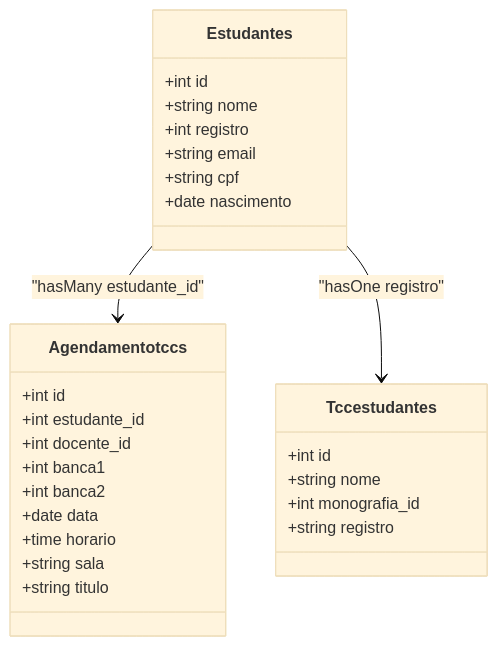
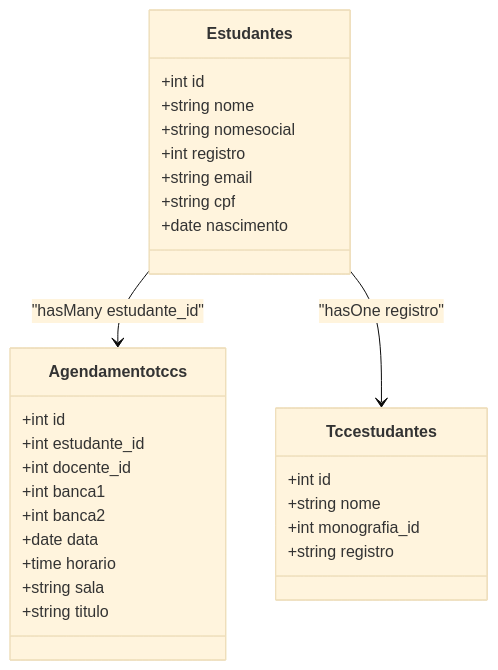
The fourth of 9 diagrams in .qoder/repowiki/en/content/Database Schema Design.md (luiseduacosta/tcc4), drawn with Mermaid (base theme) before and after one commit. The commit also changed other lines of this file and 101 other files, not shown here.

````diff
--- a/.qoder/repowiki/en/content/Database Schema Design.md
+++ b/.qoder/repowiki/en/content/Database Schema Design.md
@@ -237,30 +235,31 @@
 ```mermaid
 classDiagram
 class Estudantes {
 +int id
 +string nome
++string nomesocial
 +int registro
 +string email
 +string cpf
 +date nascimento
 }
 class Agendamentotccs {
 +int id
 +int estudante_id
 +int docente_id
 +int banca1
 +int banca2
 +date data
 +time horario
 +string sala
 +string titulo
 }
 class Tccestudantes {
 +int id
 +string nome
 +int monografia_id
 +string registro
 }
 Estudantes --> Agendamentotccs : "hasMany estudante_id"
 Estudantes --> Tccestudantes : "hasOne registro"
 ```
````
